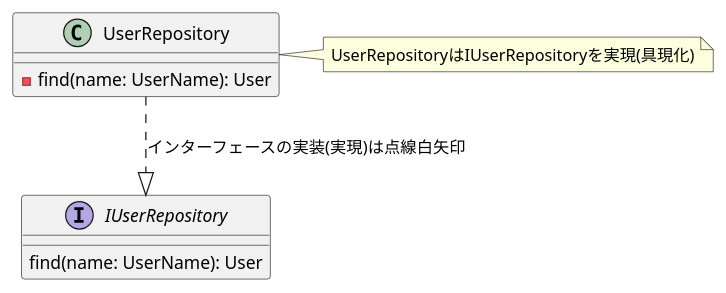
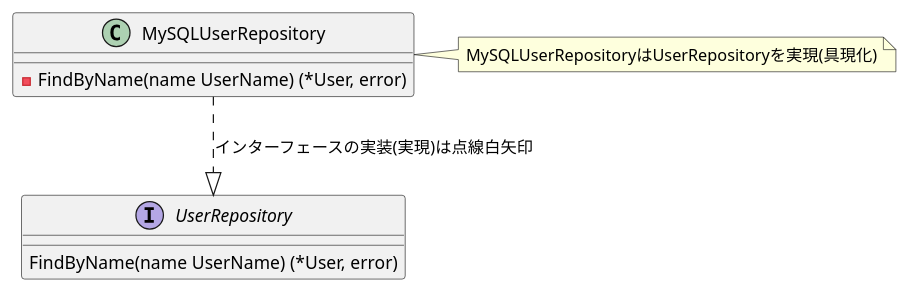
One commit to Yuki-TU/ddd changed the diagram in diagrams/ch07-interface.puml. Above: the diagram before and after it, drawn with PlantUML. The commit also changed 40 other files, not shown here.

Commit message:
サンプルと図を Go の慣習に揃え、DDD の説明コメントを残す。

```diff
--- a/diagrams/ch07-interface.puml
+++ b/diagrams/ch07-interface.puml
@@ -1,13 +1,13 @@
 @startuml
-UserRepository ..|> IUserRepository: インターフェースの実装(実現)は点線白矢印
-class UserRepository {
-  - find(name: UserName): User
+MySQLUserRepository ..|> UserRepository: インターフェースの実装(実現)は点線白矢印
+class MySQLUserRepository {
+  - FindByName(name UserName) (*User, error)
 }
 note right
-UserRepositoryはIUserRepositoryを実現(具現化)
+MySQLUserRepositoryはUserRepositoryを実現(具現化)
 endnote
 
-interface IUserRepository {
-  find(name: UserName): User
+interface UserRepository {
+  FindByName(name UserName) (*User, error)
 }
 @enduml
```
